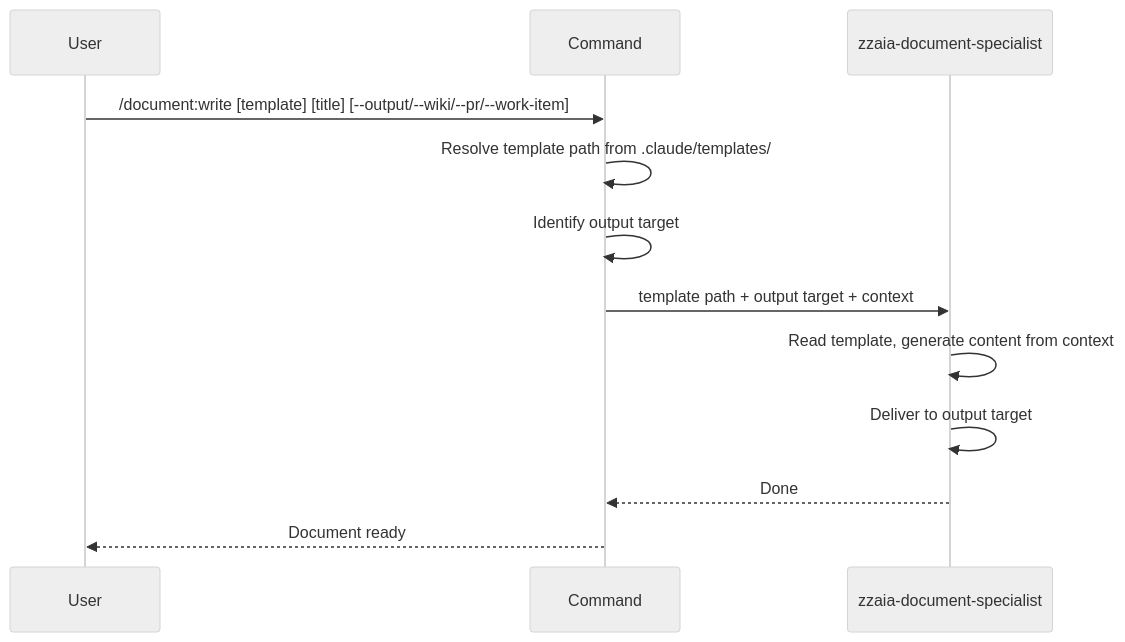
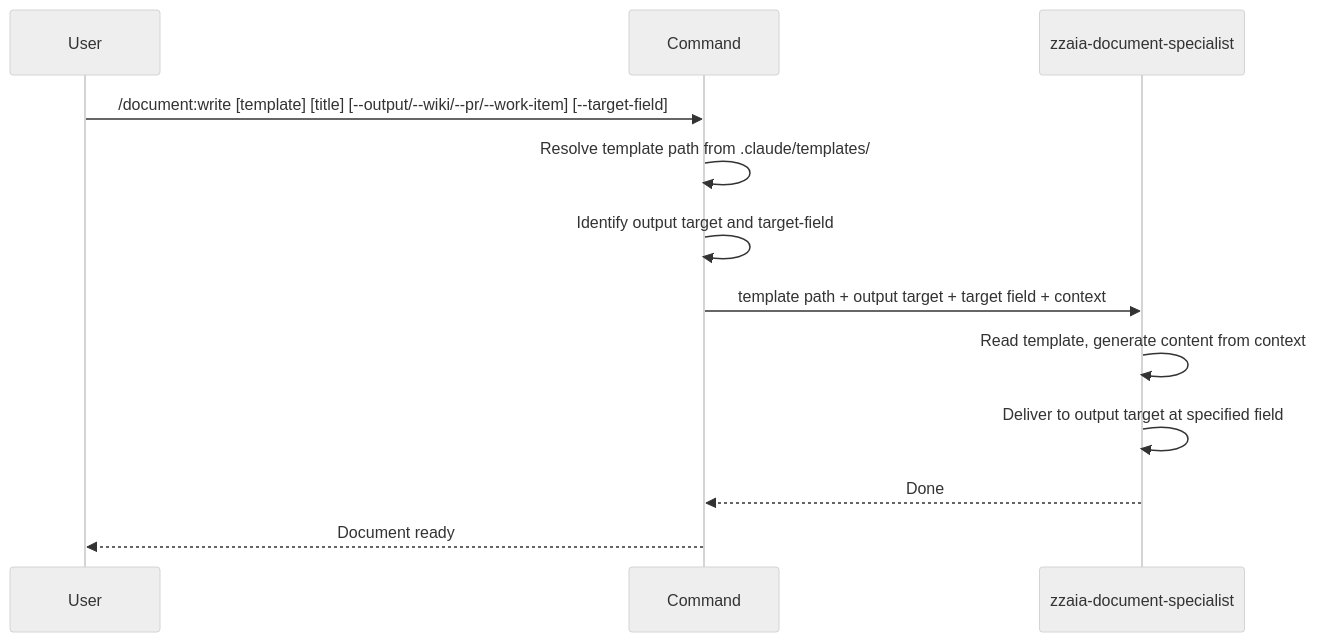
Before and after one commit to zzaia/zzaia-agentic-workspace: the diagram in .claude/commands/document/write.md, drawn with Mermaid (neutral theme). The commit also changed other lines of this file and 2 other files, not shown here.

Commit message:
Improve the document write command with the parameter target field;

````diff
--- a/.claude/commands/document/write.md
+++ b/.claude/commands/document/write.md
@@ -74,15 +84,15 @@
 ```mermaid
 sequenceDiagram
     participant U as User
     participant C as Command
     participant A as zzaia-document-specialist
 
-    U->>C: /document:write [template] [title] [--output/--wiki/--pr/--work-item]
+    U->>C: /document:write [template] [title] [--output/--wiki/--pr/--work-item] [--target-field]
     C->>C: Resolve template path from .claude/templates/
-    C->>C: Identify output target
-    C->>A: template path + output target + context
+    C->>C: Identify output target and target-field
+    C->>A: template path + output target + target field + context
     A->>A: Read template, generate content from context
-    A->>A: Deliver to output target
+    A->>A: Deliver to output target at specified field
     A-->>C: Done
     C-->>U: Document ready
 ```
````
